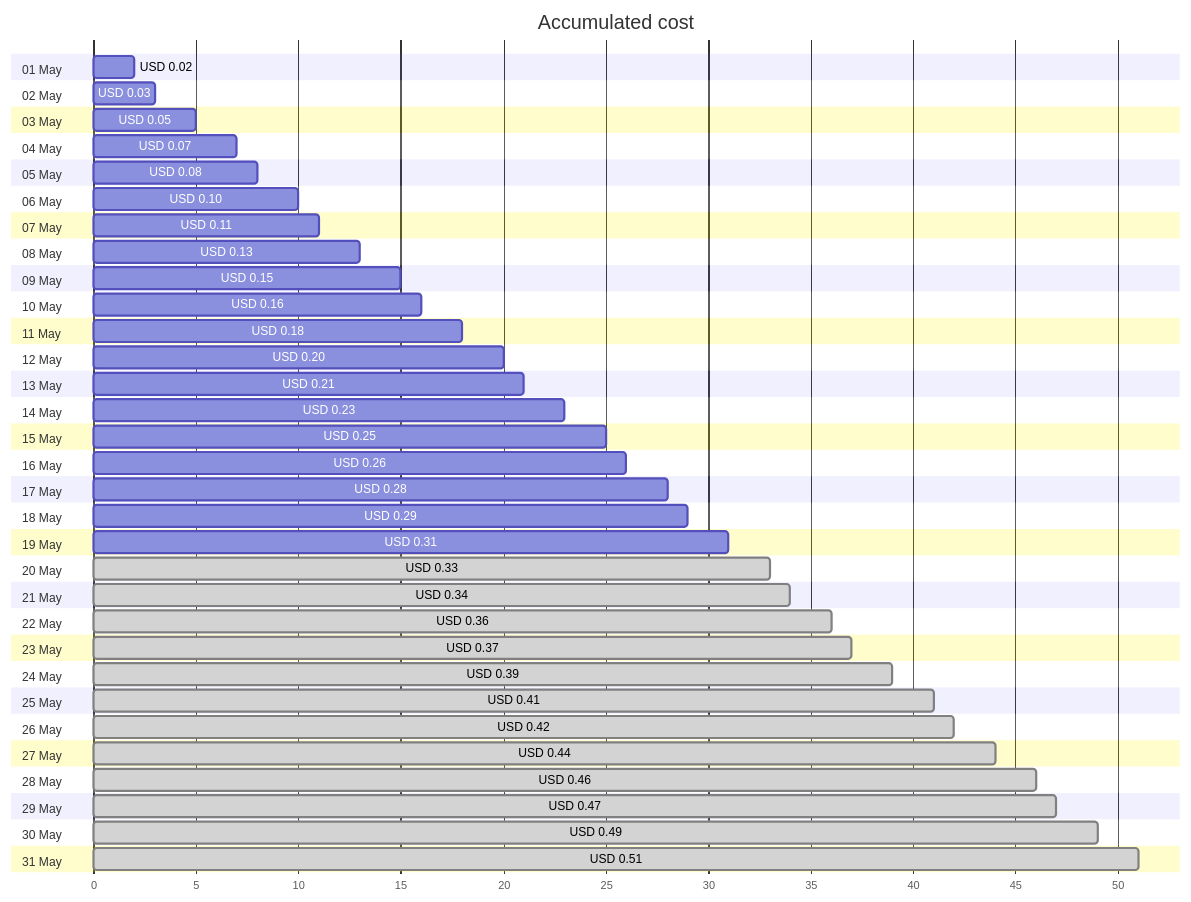
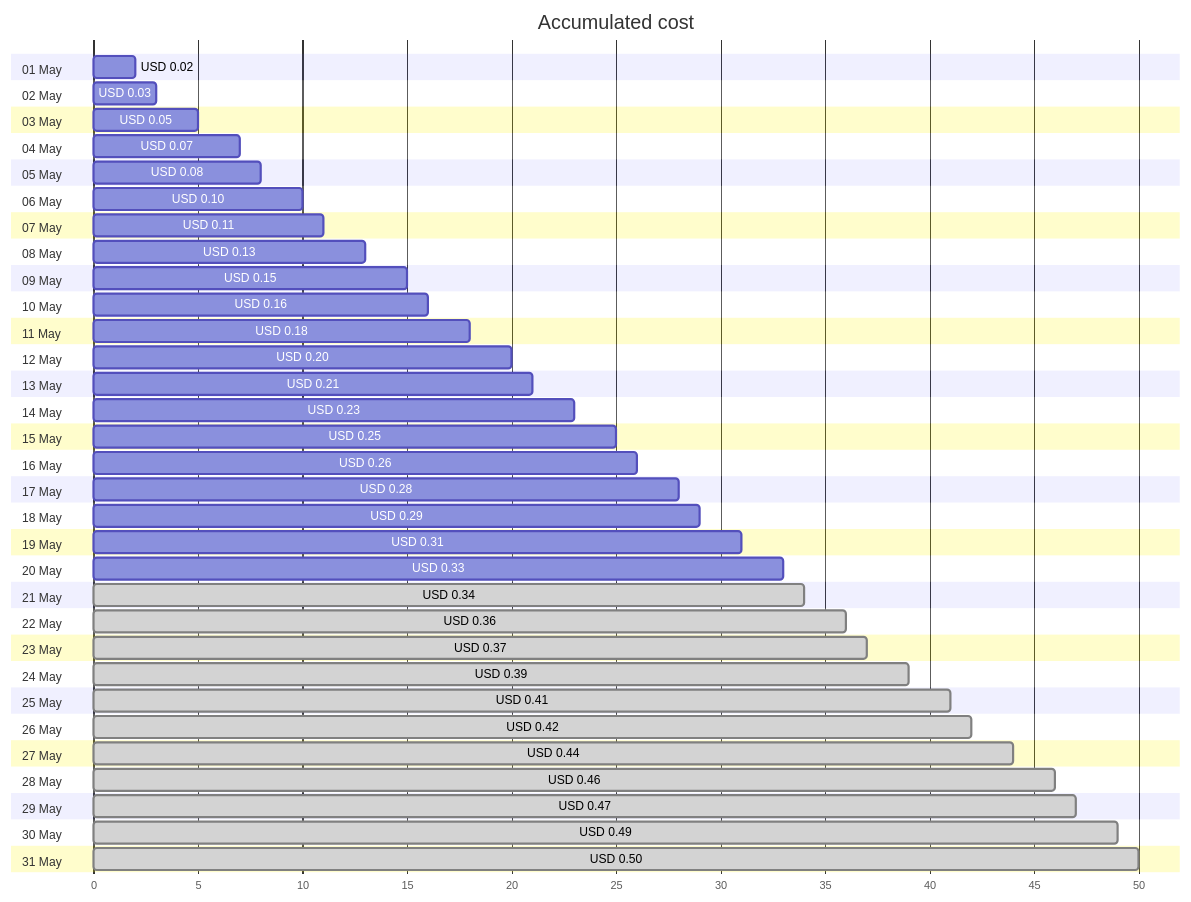
One commit to jpfulton/azure-personal-reports changed the first of 4 diagrams in cost-reports/personal-dns/jpatrickfulton.com.md. Above: the diagram before and after it, drawn with Mermaid. The commit also changed other lines of this file and 2 other files, not shown here.

````diff
--- a/cost-reports/personal-dns/jpatrickfulton.com.md
+++ b/cost-reports/personal-dns/jpatrickfulton.com.md
@@ -20,68 +20,68 @@
 ```mermaid
 gantt
    title Accumulated cost
    dateFormat  X
    axisFormat %s
    section 01 May
    USD 0.02 :0, 2
    section 02 May
    USD 0.03 :0, 3
    section 03 May
    USD 0.05 :0, 5
    section 04 May
    USD 0.07 :0, 7
    section 05 May
    USD 0.08 :0, 8
    section 06 May
    USD 0.10 :0, 10
    section 07 May
    USD 0.11 :0, 11
    section 08 May
    USD 0.13 :0, 13
    section 09 May
    USD 0.15 :0, 15
    section 10 May
    USD 0.16 :0, 16
    section 11 May
    USD 0.18 :0, 18
    section 12 May
    USD 0.20 :0, 20
    section 13 May
    USD 0.21 :0, 21
    section 14 May
    USD 0.23 :0, 23
    section 15 May
    USD 0.25 :0, 25
    section 16 May
    USD 0.26 :0, 26
    section 17 May
    USD 0.28 :0, 28
    section 18 May
    USD 0.29 :0, 29
    section 19 May
    USD 0.31 :0, 31
    section 20 May
-   USD 0.33 : done, 0, 33
+   USD 0.33 :0, 33
    section 21 May
    USD 0.34 : done, 0, 34
    section 22 May
    USD 0.36 : done, 0, 36
    section 23 May
    USD 0.37 : done, 0, 37
    section 24 May
    USD 0.39 : done, 0, 39
    section 25 May
    USD 0.41 : done, 0, 41
    section 26 May
    USD 0.42 : done, 0, 42
    section 27 May
    USD 0.44 : done, 0, 44
    section 28 May
    USD 0.46 : done, 0, 46
    section 29 May
    USD 0.47 : done, 0, 47
    section 30 May
    USD 0.49 : done, 0, 49
    section 31 May
-   USD 0.51 : done, 0, 51
+   USD 0.50 : done, 0, 50
 ```
````
